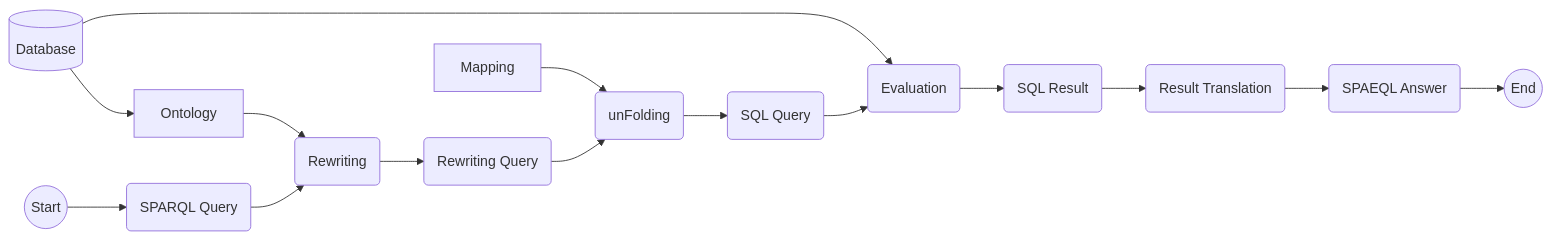
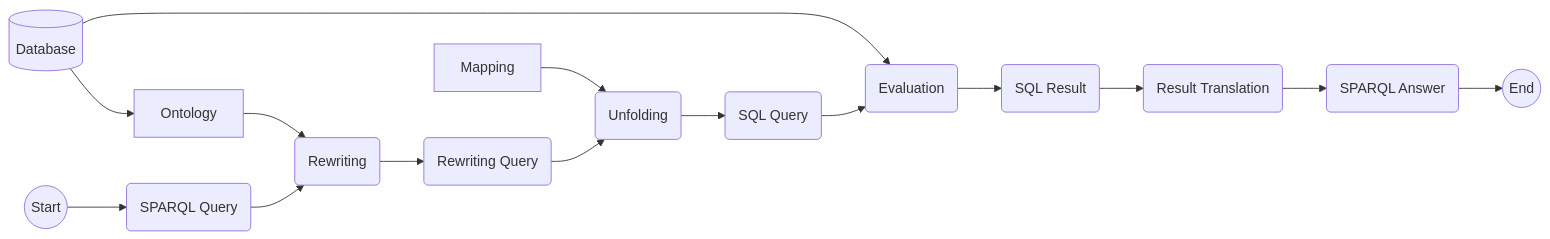
Before and after one commit to behroozbc/Seminar-KG-Hosting: diagram 12 of 12 in pages/relational-databases.md, drawn with Mermaid. The commit also changed other lines of this file and 5 other files, not shown here.

````diff
--- a/pages/relational-databases.md
+++ b/pages/relational-databases.md
@@ -223,27 +391,27 @@
 ```mermaid {scale: 0.5}
 flowchart LR
 start((Start))
 sparqlQ(SPARQL Query)
 db[(Database)]
 rewriting("Rewriting")
 rewritingQ("Rewriting Query")
 
 ontology[Ontology]
 
-unfolding(unFolding)
+unfolding(Unfolding)
 
 sqlQuery("SQL Query")
 
 evaluation(Evaluation)
 sqlR("SQL Result")
 rT("Result Translation")
 mapping[Mapping]
-sparqlAn("SPAEQL Answer")
+sparqlAn("SPARQL Answer")
 End((End))
 
 ontology--> rewriting
 mapping-->unfolding
 db--> ontology
 db --> evaluation
 start--> sparqlQ --> rewriting -->  rewritingQ --> unfolding--> sqlQuery--> evaluation--> sqlR--> rT--> sparqlAn-->End
 ```
````
